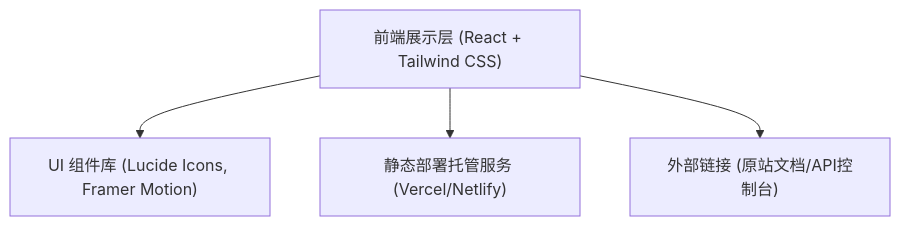
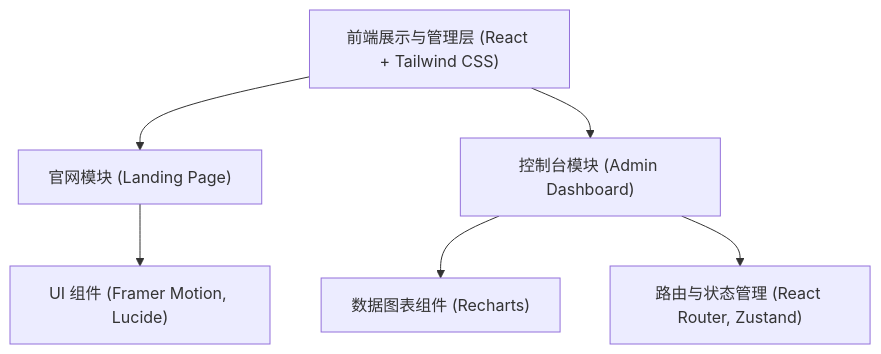
Before and after one commit to jsjjl/it52: the first of 2 diagrams in .trae/documents/architecture.md, drawn with Mermaid. The commit also changed other lines of this file and 12 other files, not shown here.

````diff
--- a/.trae/documents/architecture.md
+++ b/.trae/documents/architecture.md
@@ -3,6 +3,8 @@
 ```mermaid
 graph TD
-    A["前端展示层 (React + Tailwind CSS)"] --> B["UI 组件库 (Lucide Icons, Framer Motion)"]
-    A --> C["静态部署托管服务 (Vercel/Netlify)"]
-    A --> D["外部链接 (原站文档/API控制台)"]
+    A["前端展示与管理层 (React + Tailwind CSS)"] --> B["官网模块 (Landing Page)"]
+    A --> C["控制台模块 (Admin Dashboard)"]
+    B --> D["UI 组件 (Framer Motion, Lucide)"]
+    C --> E["数据图表组件 (Recharts)"]
+    C --> F["路由与状态管理 (React Router, Zustand)"]
 ```
````
